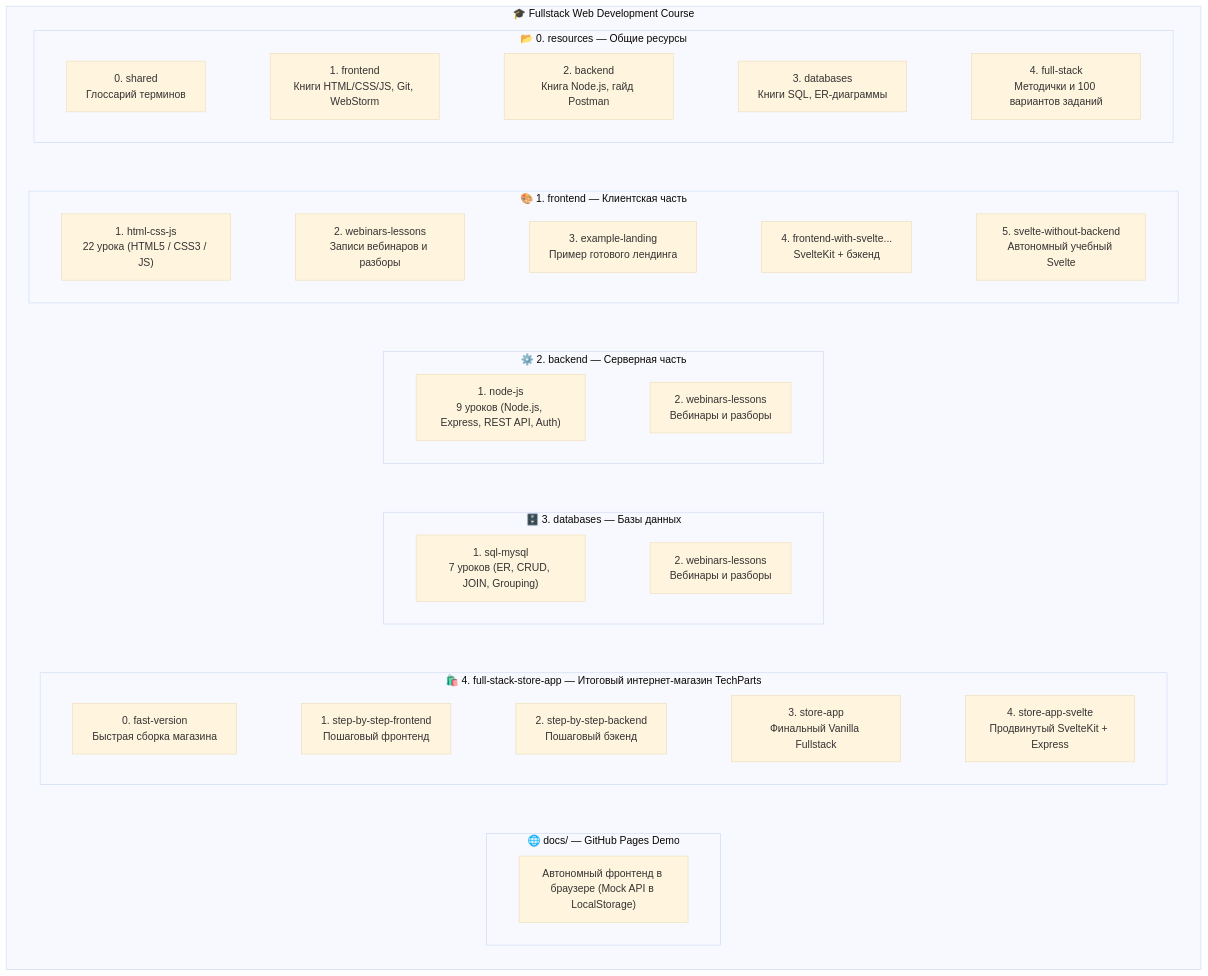
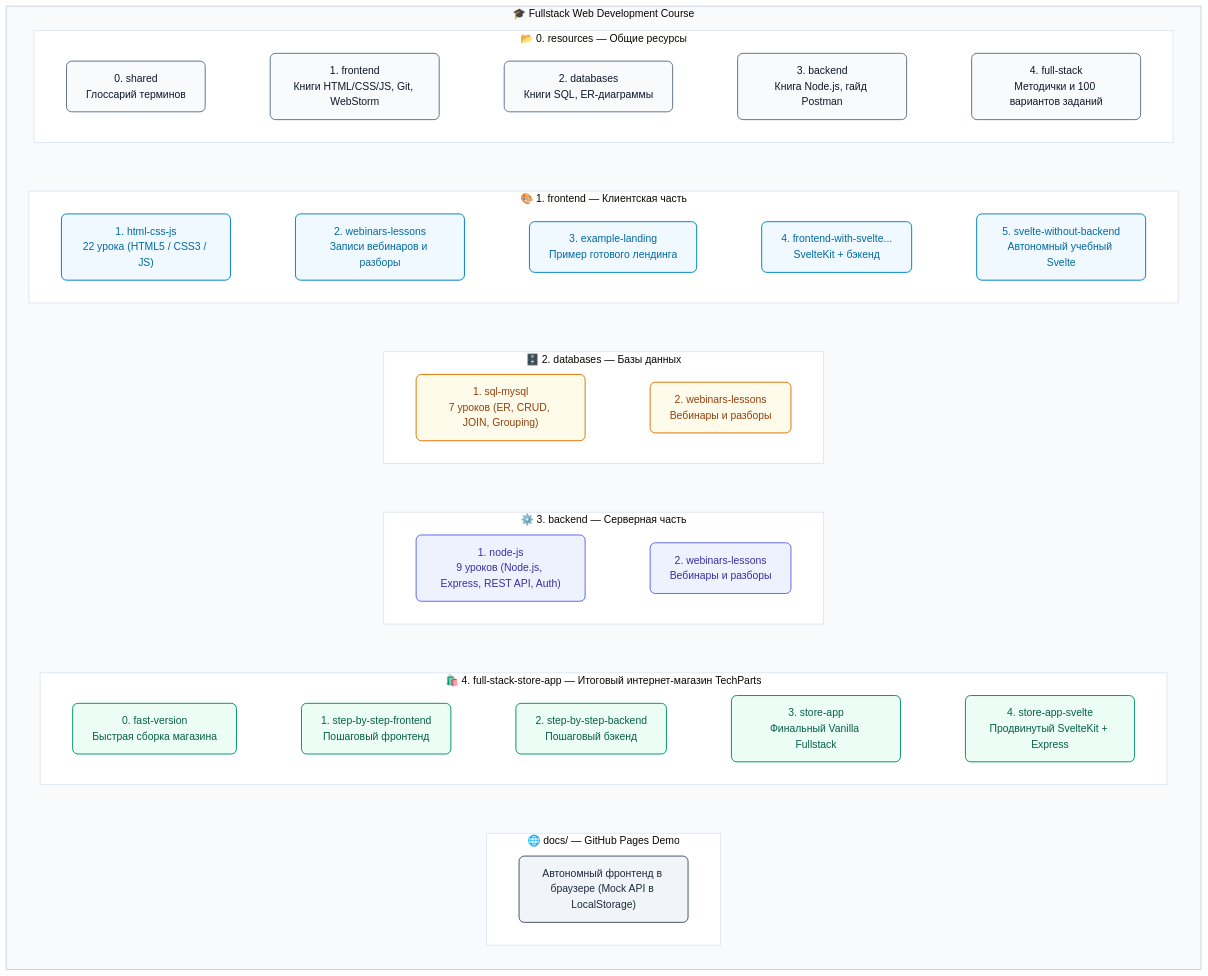
The first of 2 diagrams in README.ru.md (mrsky1001/fullstack-web-development-course), drawn with Mermaid (base theme) before and after one commit. The commit also changed other lines of this file and 4 other files, not shown here.

Commit message:
refactor: swap order of database and backend modules in curriculum documentation and roadmap

````diff
--- a/README.ru.md
+++ b/README.ru.md
@@ -143,8 +143,8 @@
             direction LR
             R0["0. shared<br/>Глоссарий терминов"]
             R1["1. frontend<br/>Книги HTML/CSS/JS, Git, WebStorm"]
-            R2["2. backend<br/>Книга Node.js, гайд Postman"]
-            R3["3. databases<br/>Книги SQL, ER-диаграммы"]
+            R2["2. databases<br/>Книги SQL, ER-диаграммы"]
+            R3["3. backend<br/>Книга Node.js, гайд Postman"]
             R4["4. full-stack<br/>Методички и 100 вариантов заданий"]
             R0 ~~~ R1 ~~~ R2 ~~~ R3 ~~~ R4
         end
@@ -159,18 +159,18 @@
             F1 ~~~ F2 ~~~ F3 ~~~ F4 ~~~ F5
         end
 
-        subgraph MOD2["⚙️ 2. backend — Серверная часть"]
+        subgraph MOD2["🗄️ 2. databases — Базы данных"]
+            direction LR
+            D1["1. sql-mysql<br/>7 уроков (ER, CRUD, JOIN, Grouping)"]
+            D2["2. webinars-lessons<br/>Вебинары и разборы"]
+            D1 ~~~ D2
+        end
+
+        subgraph MOD3["⚙️ 3. backend — Серверная часть"]
             direction LR
             B1["1. node-js<br/>9 уроков (Node.js, Express, REST API, Auth)"]
             B2["2. webinars-lessons<br/>Вебинары и разборы"]
             B1 ~~~ B2
-        end
-
-        subgraph MOD3["🗄️ 3. databases — Базы данных"]
-            direction LR
-            D1["1. sql-mysql<br/>7 уроков (ER, CRUD, JOIN, Grouping)"]
-            D2["2. webinars-lessons<br/>Вебинары и разборы"]
-            D1 ~~~ D2
         end
 
         subgraph MOD4["🛍️ 4. full-stack-store-app — Итоговый интернет-магазин TechParts"]
@@ -189,4 +189,52 @@
 
         RES ~~~ MOD1 ~~~ MOD2 ~~~ MOD3 ~~~ MOD4 ~~~ DOCS
     end
+
+    classDef resStyle fill:#f8fafc,stroke:#64748b,stroke-width:1.5px,color:#0f172a,rx:8px,ry:8px;
+    classDef frontStyle fill:#f0f9ff,stroke:#0284c7,stroke-width:1.5px,color:#0369a1,rx:8px,ry:8px;
+    classDef dbStyle fill:#fffbeb,stroke:#d97706,stroke-width:1.5px,color:#92400e,rx:8px,ry:8px;
+    classDef backStyle fill:#eef2ff,stroke:#6366f1,stroke-width:1.5px,color:#3730a3,rx:8px,ry:8px;
+    classDef appStyle fill:#ecfdf5,stroke:#059669,stroke-width:1.5px,color:#065f46,rx:8px,ry:8px;
+    classDef docStyle fill:#f1f5f9,stroke:#475569,stroke-width:1.5px,color:#1e293b,rx:8px,ry:8px;
+
+    class R0,R1,R2,R3,R4 resStyle;
+    class F1,F2,F3,F4,F5 frontStyle;
+    class D1,D2 dbStyle;
+    class B1,B2 backStyle;
+    class S0,S1,S2,S3,S4 appStyle;
+    class DOC docStyle;
+
+    style ROOT fill:#f8fafc,stroke:#cbd5e1,stroke-width:1.5px
+    style RES fill:#ffffff,stroke:#e2e8f0,stroke-width:1.5px
+    style MOD1 fill:#ffffff,stroke:#e2e8f0,stroke-width:1.5px
+    style MOD2 fill:#ffffff,stroke:#e2e8f0,stroke-width:1.5px
+    style MOD3 fill:#ffffff,stroke:#e2e8f0,stroke-width:1.5px
+    style MOD4 fill:#ffffff,stroke:#e2e8f0,stroke-width:1.5px
+    style DOCS fill:#ffffff,stroke:#e2e8f0,stroke-width:1.5px
+
+    click R0 "./0.%20resources/0.%20shared/" "Открыть 0. shared"
+    click R1 "./0.%20resources/1.%20frontend/" "Открыть 1. frontend"
+    click R2 "./0.%20resources/2.%20databases/" "Открыть 2. databases"
+    click R3 "./0.%20resources/3.%20backend/" "Открыть 3. backend"
+    click R4 "./0.%20resources/4.%20full-stack/" "Открыть 4. full-stack"
+
+    click F1 "./1.%20frontend/1.%20html-css-js/" "Открыть 1. html-css-js"
+    click F2 "./1.%20frontend/2.%20webinars-lessons/" "Открыть 2. webinars-lessons"
+    click F3 "./1.%20frontend/3.%20example-landing/" "Открыть 3. example-landing"
+    click F4 "./1.%20frontend/4.%20frontend-with-svelte-and-backend/" "Открыть 4. frontend-with-svelte-and-backend"
+    click F5 "./1.%20frontend/5.%20svelte-without-backend/" "Открыть 5. svelte-without-backend"
+
+    click D1 "./2.%20databases/1.%20sql-mysql/" "Открыть 1. sql-mysql"
+    click D2 "./2.%20databases/2.%20webinars-lessons/" "Открыть 2. webinars-lessons"
+
+    click B1 "./3.%20backend/1.%20node-js/" "Открыть 1. node-js"
+    click B2 "./3.%20backend/2.%20webinars-lessons/" "Открыть 2. webinars-lessons"
+
+    click S0 "./4.%20full-stack-store-app/0.%20fast-version/" "Открыть 0. fast-version"
+    click S1 "./4.%20full-stack-store-app/1.%20step-by-step-frontend/" "Открыть 1. step-by-step-frontend"
+    click S2 "./4.%20full-stack-store-app/2.%20step-by-step-backend/" "Открыть 2. step-by-step-backend"
+    click S3 "./4.%20full-stack-store-app/3.%20store-app/" "Открыть 3. store-app"
+    click S4 "./4.%20full-stack-store-app/4.%20store-app-svelte/" "Открыть 4. store-app-svelte"
+
+    click DOC "./docs/" "Открыть демо docs"
 ```
````
